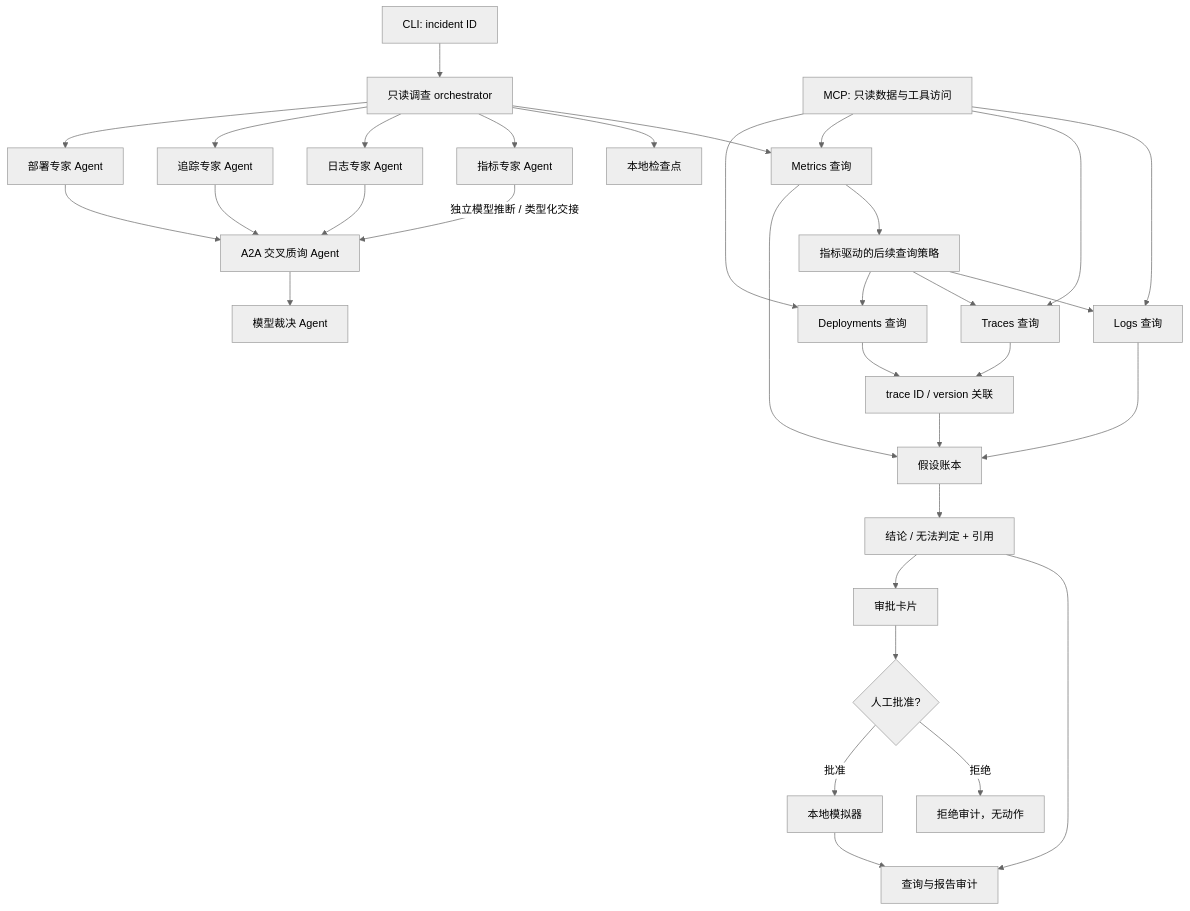
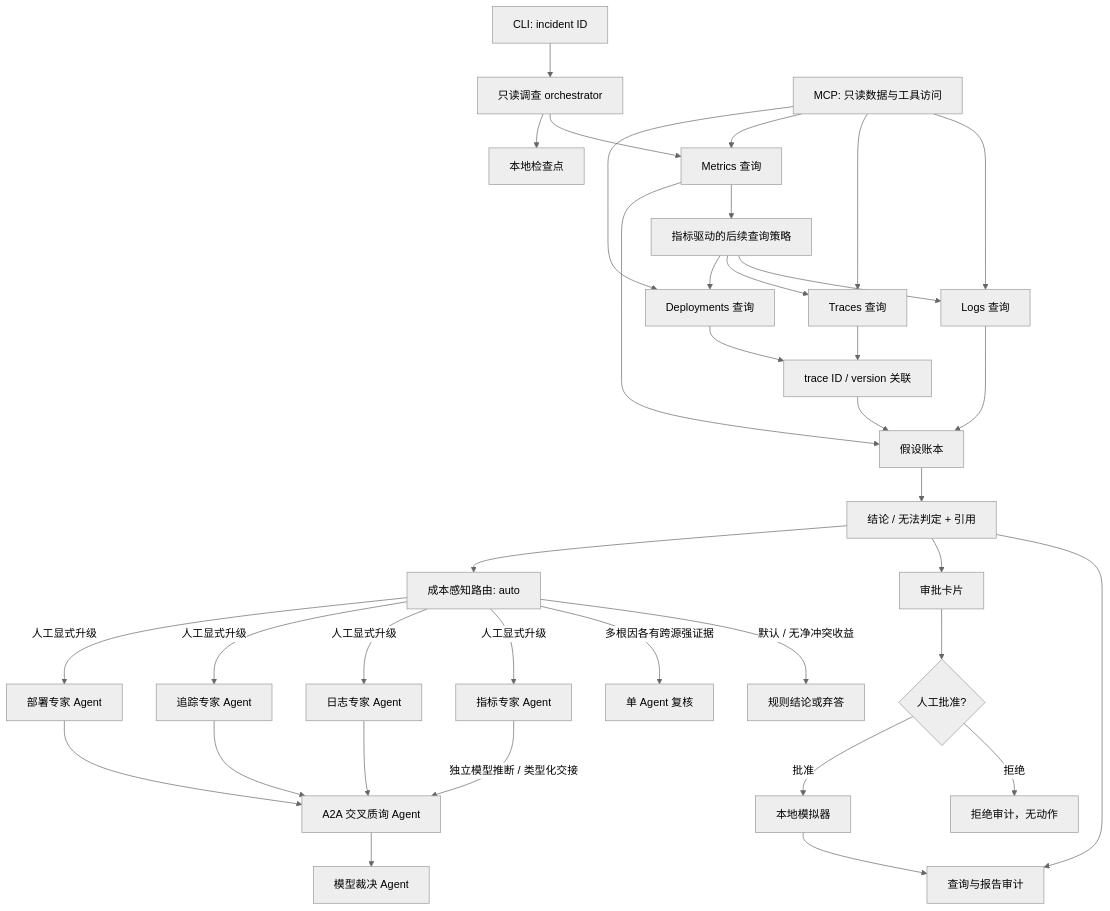
Before and after one commit to Dahyunnist/OpsPilot: the diagram in docs/architecture.md, drawn with Mermaid (neutral theme). The commit also changed other lines of this file and 17 other files, not shown here.

````diff
--- a/docs/architecture.md
+++ b/docs/architecture.md
@@ -3,35 +3,38 @@
 ```mermaid
 flowchart TD
     CLI[CLI: incident ID] --> ORCH[只读调查 orchestrator]
     ORCH --> MET[Metrics 查询]
     MET --> PLAN[指标驱动的后续查询策略]
     PLAN --> LOG[Logs 查询]
     PLAN --> TRACE[Traces 查询]
     PLAN --> DEP[Deployments 查询]
     LOG --> LEDGER[假设账本]
     TRACE --> LINK[trace ID / version 关联]
     DEP --> LINK
     MET --> LEDGER
     LINK --> LEDGER
     LEDGER --> REPORT[结论 / 无法判定 + 引用]
     REPORT --> AUDIT[查询与报告审计]
     REPORT --> CARD[审批卡片]
     CARD --> APPROVE{人工批准?}
     APPROVE -->|拒绝| DENY[拒绝审计，无动作]
     APPROVE -->|批准| SIM[本地模拟器]
     SIM --> AUDIT
     ORCH --> STATE[本地检查点]
-    ORCH --> MET_AGENT[指标专家 Agent]
-    ORCH --> LOG_AGENT[日志专家 Agent]
-    ORCH --> TRACE_AGENT[追踪专家 Agent]
-    ORCH --> DEP_AGENT[部署专家 Agent]
+    REPORT --> ROUTER[成本感知路由: auto]
+    ROUTER -->|默认 / 无净冲突收益| RULES[规则结论或弃答]
+    ROUTER -->|多根因各有跨源强证据| SINGLE[单 Agent 复核]
+    ROUTER -->|人工显式升级| MET_AGENT[指标专家 Agent]
+    ROUTER -->|人工显式升级| LOG_AGENT[日志专家 Agent]
+    ROUTER -->|人工显式升级| TRACE_AGENT[追踪专家 Agent]
+    ROUTER -->|人工显式升级| DEP_AGENT[部署专家 Agent]
     MET_AGENT -->|独立模型推断 / 类型化交接| EXAM[A2A 交叉质询 Agent]
     LOG_AGENT --> EXAM
     TRACE_AGENT --> EXAM
     DEP_AGENT --> EXAM
     EXAM --> JUDGE[模型裁决 Agent]
     MCP[MCP: 只读数据与工具访问] --> LOG
     MCP --> TRACE
     MCP --> MET
     MCP --> DEP
 ```
````
